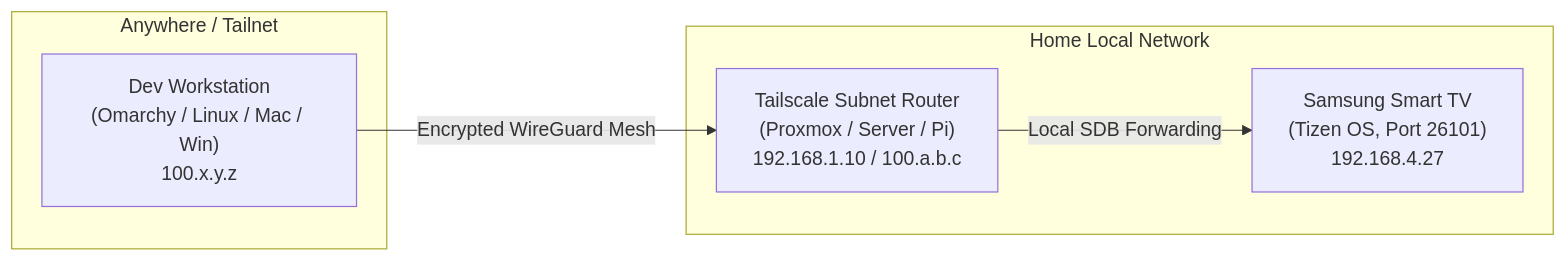
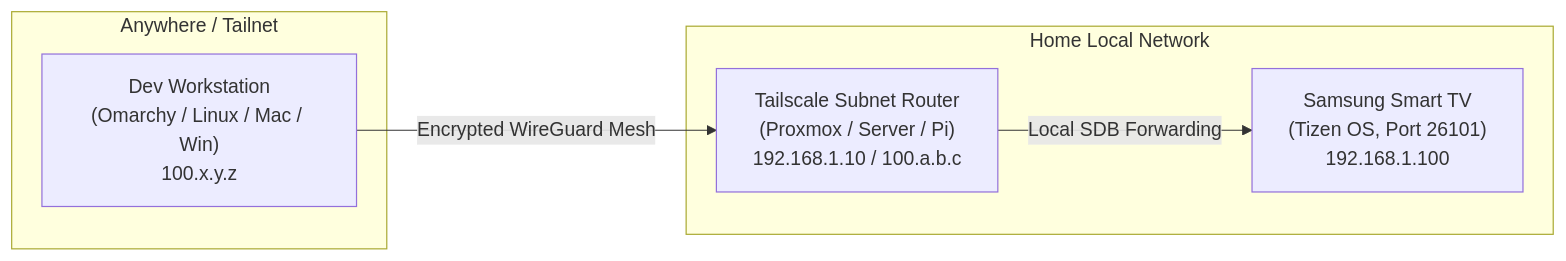
One commit to mdzoul/samsung-tizen-toolkit changed the diagram in docs/TAILSCALE_AND_REMOTE_ACCESS.md. Above: the diagram before and after it, drawn with Mermaid. The commit also changed other lines of this file and 1 other file, not shown here.

````diff
--- a/docs/TAILSCALE_AND_REMOTE_ACCESS.md
+++ b/docs/TAILSCALE_AND_REMOTE_ACCESS.md
@@ -14,14 +14,14 @@
 ```mermaid
 flowchart LR
     subgraph Remote["Anywhere / Tailnet"]
         Dev["Dev Workstation<br/>(Omarchy / Linux / Mac / Win)<br/>100.x.y.z"]
     end
 
     subgraph HomeLAN["Home Local Network"]
         SR["Tailscale Subnet Router<br/>(Proxmox / Server / Pi)<br/>192.168.1.10 / 100.a.b.c"]
-        TV["Samsung Smart TV<br/>(Tizen OS, Port 26101)<br/>192.168.4.27"]
+        TV["Samsung Smart TV<br/>(Tizen OS, Port 26101)<br/>192.168.1.100"]
     end
 
     Dev -->|"Encrypted WireGuard Mesh"| SR
     SR -->|"Local SDB Forwarding"| TV
 ```
````
